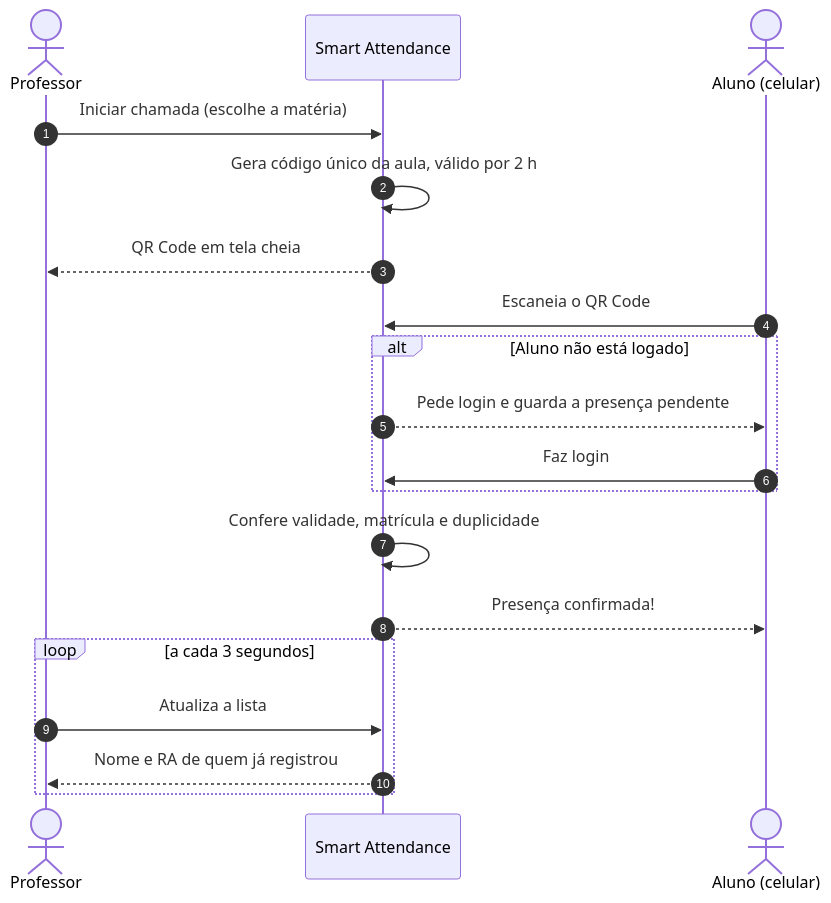
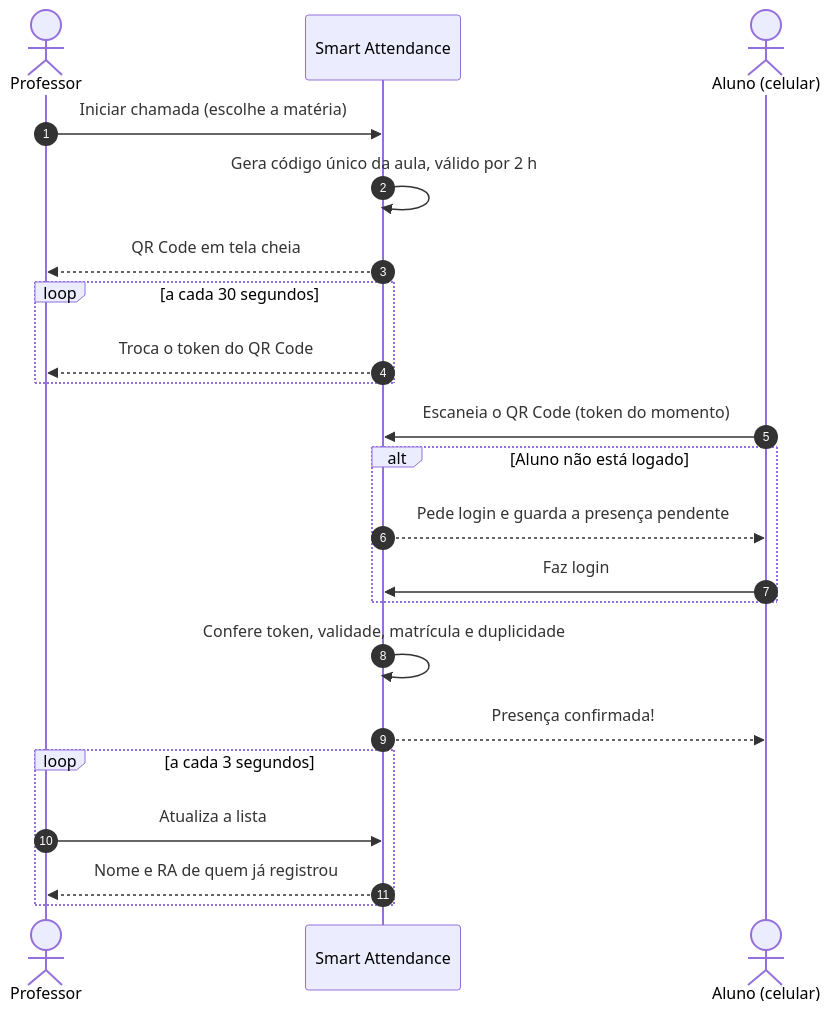
The diagram in README.md (AtilaAlvesRodrigues/smart-attendance), drawn with Mermaid before and after one commit. The commit also changed other lines of this file and 8 other files, not shown here.

````diff
--- a/README.md
+++ b/README.md
@@ -125,22 +125,25 @@
 ```mermaid
 sequenceDiagram
     autonumber
     actor P as Professor
     participant S as Smart Attendance
     actor A as Aluno (celular)
 
     P->>S: Iniciar chamada (escolhe a matéria)
     S->>S: Gera código único da aula, válido por 2 h
     S-->>P: QR Code em tela cheia
-    A->>S: Escaneia o QR Code
+    loop a cada 30 segundos
+        S-->>P: Troca o token do QR Code
+    end
+    A->>S: Escaneia o QR Code (token do momento)
     alt Aluno não está logado
         S-->>A: Pede login e guarda a presença pendente
         A->>S: Faz login
     end
-    S->>S: Confere validade, matrícula e duplicidade
+    S->>S: Confere token, validade, matrícula e duplicidade
     S-->>A: Presença confirmada!
     loop a cada 3 segundos
         P->>S: Atualiza a lista
         S-->>P: Nome e RA de quem já registrou
     end
 ```
````
